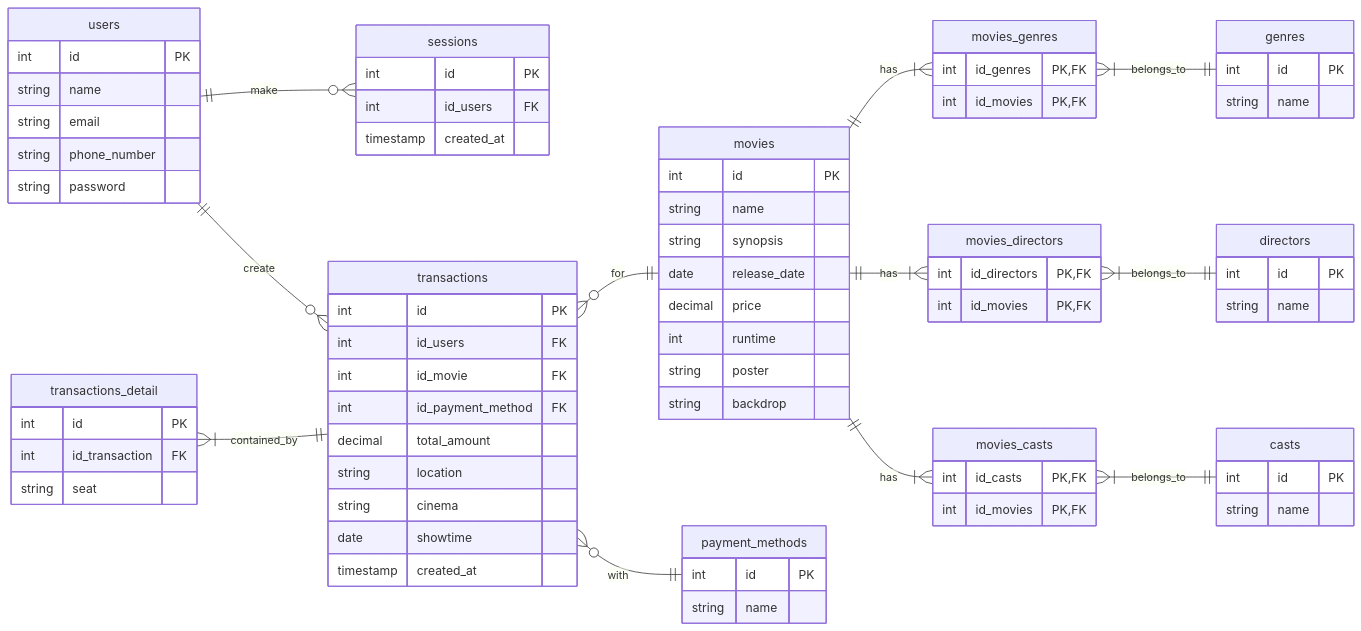
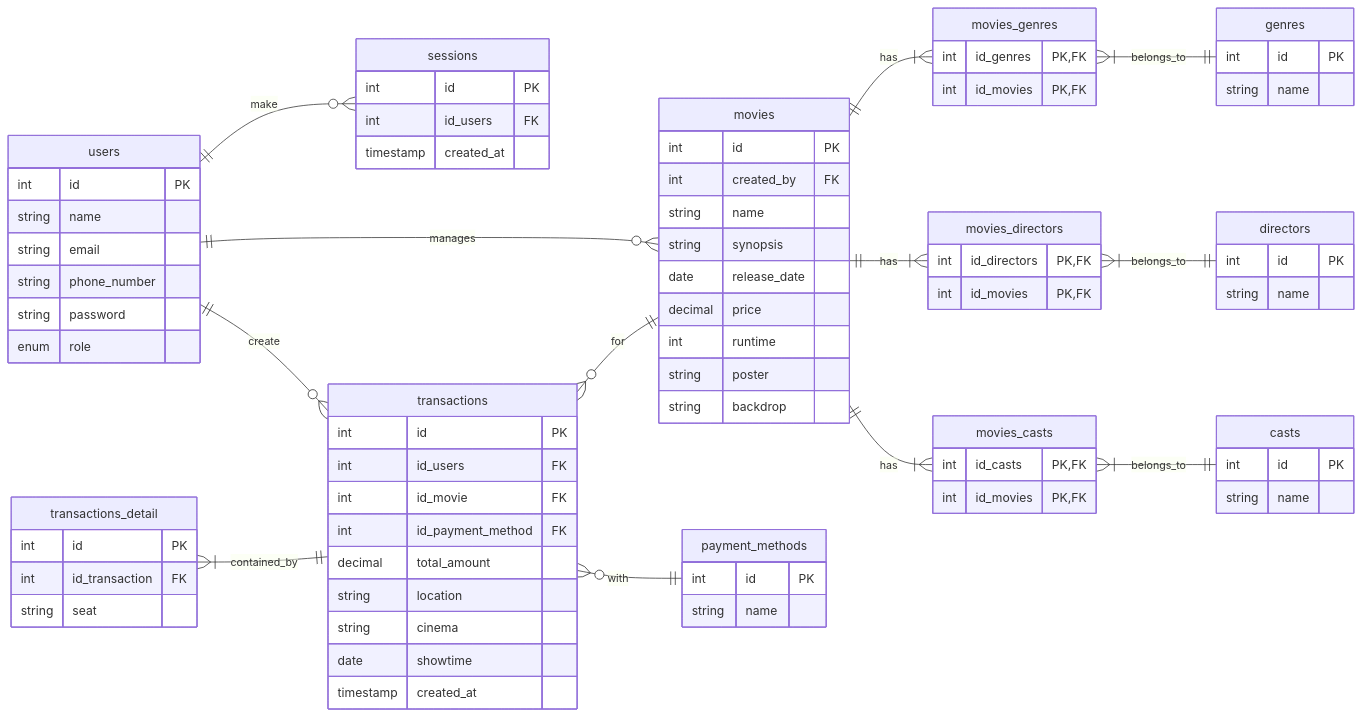
One commit to mdavindarinaldy/fgo24-db-weeklytask changed the diagram in README.md. Above: the diagram before and after it, drawn with Mermaid.

Commit message:
docs: update ERD, add relation between table users and movies

````diff
--- a/README.md
+++ b/README.md
@@ -6,8 +6,17 @@
 ```mermaid
 erDiagram
     direction LR
+    users {
+        int id PK
+        string name
+        string email
+        string phone_number
+        string password
+        enum role
+    }
     movies {
         int id PK
+        int created_by FK
         string name
         string synopsis
         date release_date
@@ -39,13 +48,6 @@
     movies_casts {
         int id_casts PK,FK
         int id_movies PK,FK
-    }
-    users {
-        int id PK
-        string name
-        string email
-        string phone_number
-        string password
     }
     sessions {
         int id PK
@@ -83,7 +85,10 @@
 
     users ||--o{ sessions: make
     users ||--o{ transactions: create
+    users ||--o{ movies : manages
     transactions }o--|| movies: for
     transactions_detail }|--|| transactions: contained_by
     transactions }o--|| payment_methods: with 
+    users 
+
 ```
````
